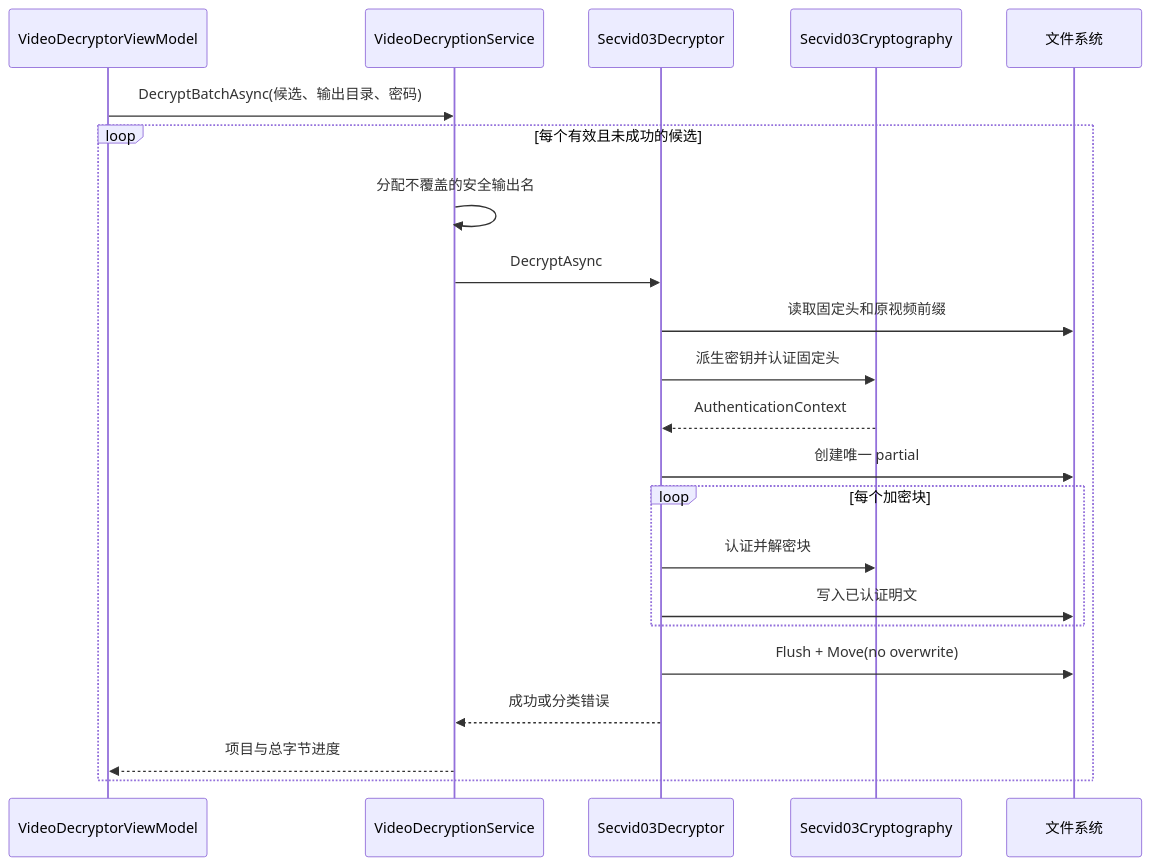
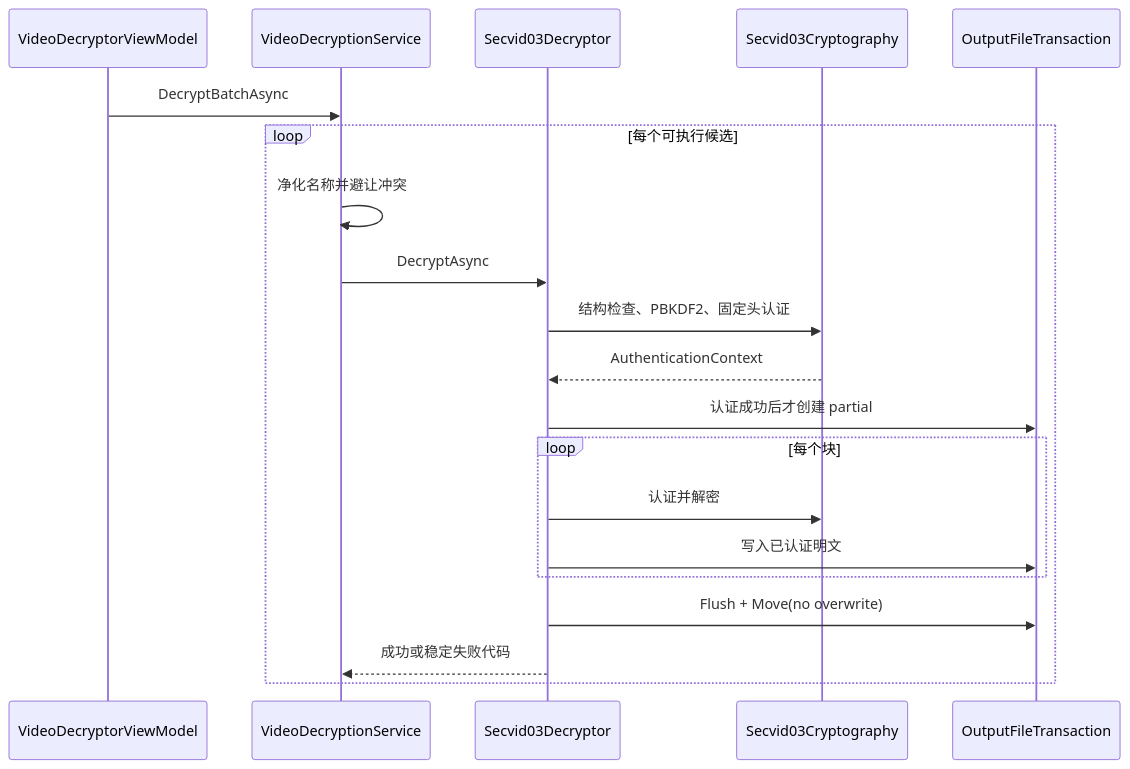
One commit to crownclowngx/avalonia_dock_simple_test changed the fourth of 6 diagrams in Plugins/MySmallTools/MySmallTools/docs/secret-video-player/architecture-design.md. Above: the diagram before and after it, drawn with Mermaid. The commit also changed other lines of this file and 3 other files, not shown here.

````diff
--- a/Plugins/MySmallTools/MySmallTools/docs/secret-video-player/architecture-design.md
+++ b/Plugins/MySmallTools/MySmallTools/docs/secret-video-player/architecture-design.md
@@ -160,25 +169,23 @@
 ```mermaid
 sequenceDiagram
     participant UI as VideoDecryptorViewModel
     participant Batch as VideoDecryptionService
     participant One as Secvid03Decryptor
     participant Crypto as Secvid03Cryptography
-    participant Disk as 文件系统
+    participant Tx as OutputFileTransaction
 
-    UI->>Batch: DecryptBatchAsync(候选、输出目录、密码)
-    loop 每个有效且未成功的候选
-        Batch->>Batch: 分配不覆盖的安全输出名
+    UI->>Batch: DecryptBatchAsync
+    loop 每个可执行候选
+        Batch->>Batch: 净化名称并避让冲突
         Batch->>One: DecryptAsync
-        One->>Disk: 读取固定头和原视频前缀
-        One->>Crypto: 派生密钥并认证固定头
+        One->>Crypto: 结构检查、PBKDF2、固定头认证
         Crypto-->>One: AuthenticationContext
-        One->>Disk: 创建唯一 partial
-        loop 每个加密块
-            One->>Crypto: 认证并解密块
-            One->>Disk: 写入已认证明文
+        One->>Tx: 认证成功后才创建 partial
+        loop 每个块
+            One->>Crypto: 认证并解密
+            One->>Tx: 写入已认证明文
         end
-        One->>Disk: Flush + Move(no overwrite)
-        One-->>Batch: 成功或分类错误
-        Batch-->>UI: 项目与总字节进度
+        One->>Tx: Flush + Move(no overwrite)
+        One-->>Batch: 成功或稳定失败代码
     end
 ```
````
